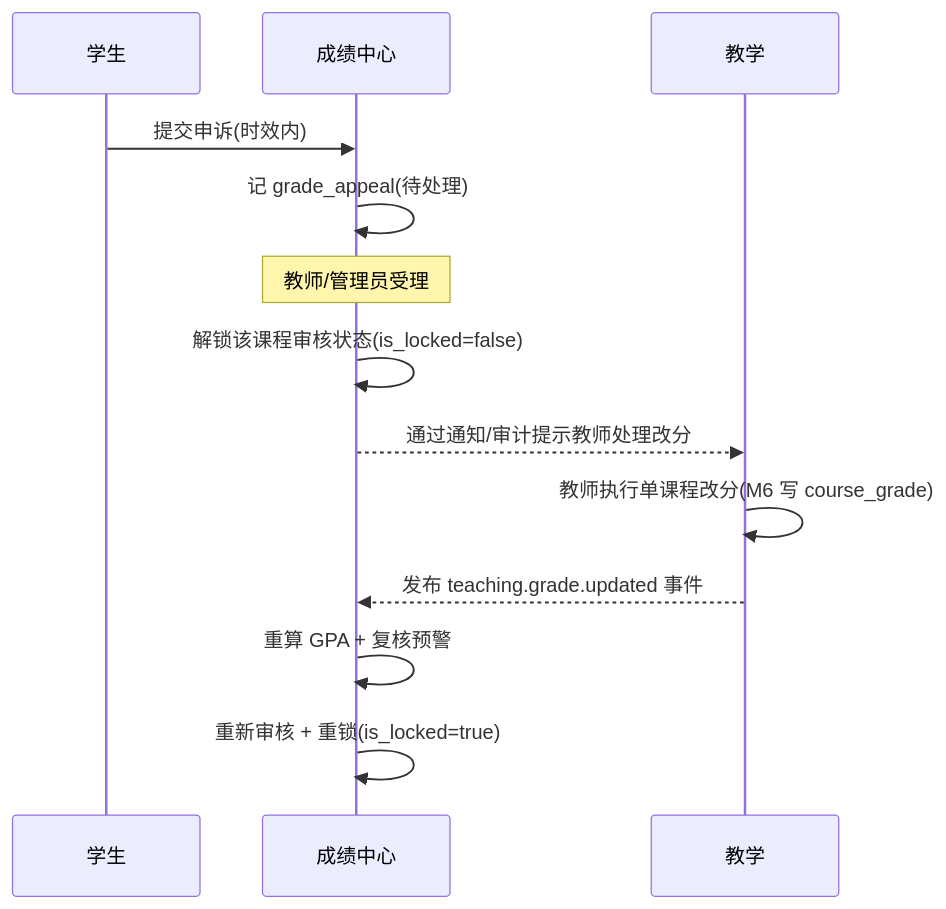
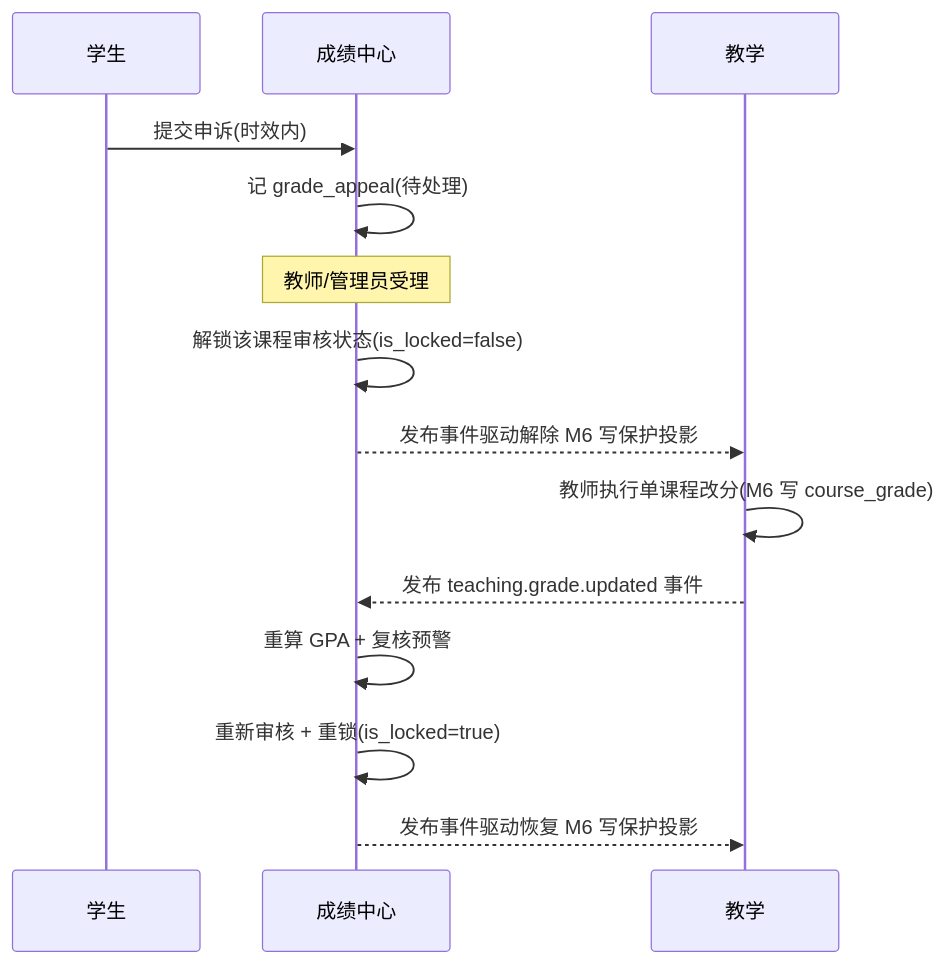
The third of 6 diagrams in docs/11-成绩中心/04-业务流程与状态机.md (menghuishisan/CHAIMIR), drawn with Mermaid before and after one commit. The commit also changed other lines of this file and 575 other files, not shown here.

````diff
--- a/docs/11-成绩中心/04-业务流程与状态机.md
+++ b/docs/11-成绩中心/04-业务流程与状态机.md
@@ -39,15 +39,16 @@
 ```mermaid
 sequenceDiagram
     participant S as 学生
     participant M11 as 成绩中心
     participant M6 as 教学
     S->>M11: 提交申诉(时效内)
     M11->>M11: 记 grade_appeal(待处理)
     Note over M11: 教师/管理员受理
     M11->>M11: 解锁该课程审核状态(is_locked=false)
-    M11-->>M6: 通过通知/审计提示教师处理改分
+    M11-->>M6: 发布事件驱动解除 M6 写保护投影
     M6->>M6: 教师执行单课程改分(M6 写 course_grade)
     M6-->>M11: 发布 teaching.grade.updated 事件
     M11->>M11: 重算 GPA + 复核预警
     M11->>M11: 重新审核 + 重锁(is_locked=true)
+    M11-->>M6: 发布事件驱动恢复 M6 写保护投影
 ```
````
